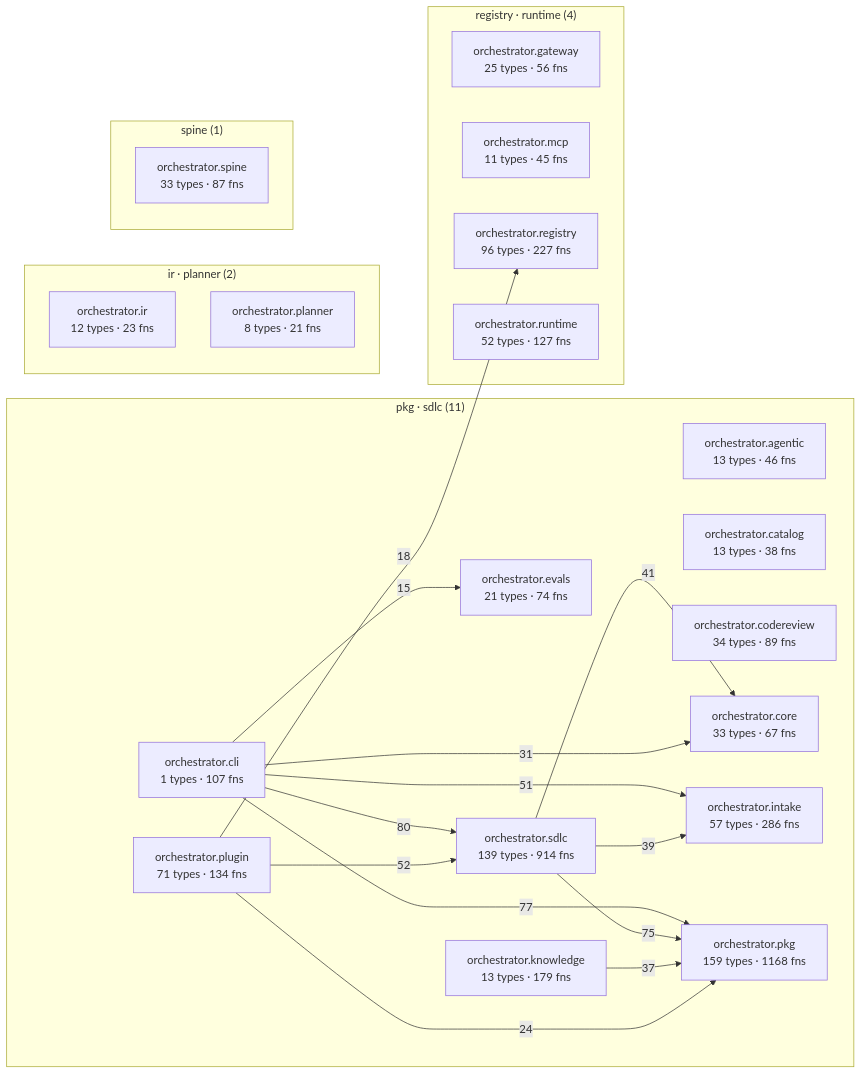
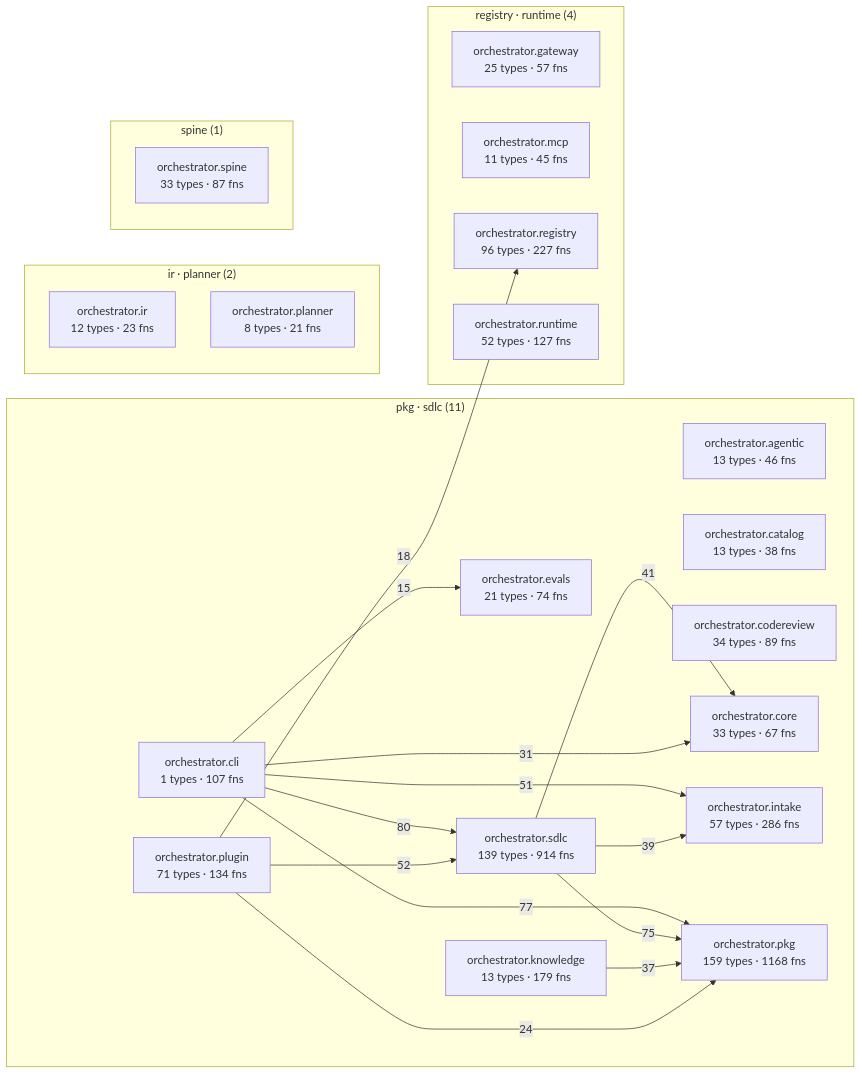
The diagram in episteme/architecture.md (synaptixs/spine), drawn with Mermaid before and after one commit. The commit also changed other lines of this file and 3 other files, not shown here.

````diff
--- a/episteme/architecture.md
+++ b/episteme/architecture.md
@@ -55,41 +55,41 @@
 ```mermaid
 flowchart LR
   subgraph c_2["pkg · sdlc (11)"]
     aorchestratoragentic["orchestrator.agentic<br/>13 types · 46 fns"]
     aorchestratorcatalog["orchestrator.catalog<br/>13 types · 38 fns"]
     aorchestratorcli["orchestrator.cli<br/>1 types · 107 fns"]
     aorchestratorcodereview["orchestrator.codereview<br/>34 types · 89 fns"]
     aorchestratorcore["orchestrator.core<br/>33 types · 67 fns"]
     aorchestratorevals["orchestrator.evals<br/>21 types · 74 fns"]
     aorchestratorintake["orchestrator.intake<br/>57 types · 286 fns"]
     aorchestratorknowledge["orchestrator.knowledge<br/>13 types · 179 fns"]
     aorchestratorpkg["orchestrator.pkg<br/>159 types · 1168 fns"]
     aorchestratorplugin["orchestrator.plugin<br/>71 types · 134 fns"]
     aorchestratorsdlc["orchestrator.sdlc<br/>139 types · 914 fns"]
   end
   subgraph c_4["registry · runtime (4)"]
-    aorchestratorgateway["orchestrator.gateway<br/>25 types · 56 fns"]
+    aorchestratorgateway["orchestrator.gateway<br/>25 types · 57 fns"]
     aorchestratormcp["orchestrator.mcp<br/>11 types · 45 fns"]
     aorchestratorregistry["orchestrator.registry<br/>96 types · 227 fns"]
     aorchestratorruntime["orchestrator.runtime<br/>52 types · 127 fns"]
   end
   subgraph c_6["ir · planner (2)"]
     aorchestratorir["orchestrator.ir<br/>12 types · 23 fns"]
     aorchestratorplanner["orchestrator.planner<br/>8 types · 21 fns"]
   end
   subgraph c_11["spine (1)"]
     aorchestratorspine["orchestrator.spine<br/>33 types · 87 fns"]
   end
   aorchestratorcli -->|80| aorchestratorsdlc
   aorchestratorcli -->|77| aorchestratorpkg
   aorchestratorsdlc -->|75| aorchestratorpkg
   aorchestratorplugin -->|52| aorchestratorsdlc
   aorchestratorcli -->|51| aorchestratorintake
   aorchestratorsdlc -->|41| aorchestratorcore
   aorchestratorsdlc -->|39| aorchestratorintake
   aorchestratorknowledge -->|37| aorchestratorpkg
   aorchestratorcli -->|31| aorchestratorcore
   aorchestratorplugin -->|24| aorchestratorpkg
   aorchestratorplugin -->|18| aorchestratorregistry
   aorchestratorcli -->|15| aorchestratorevals
 ```
````
